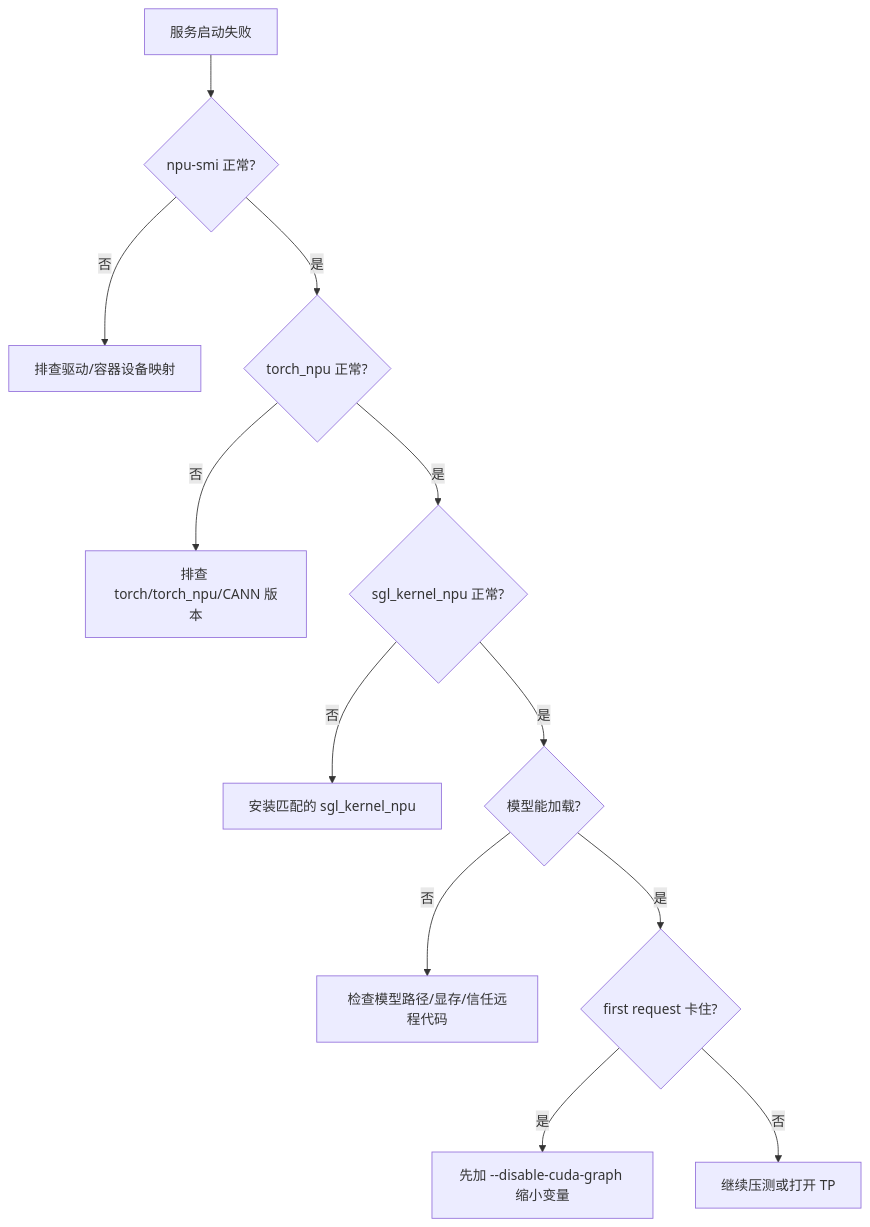
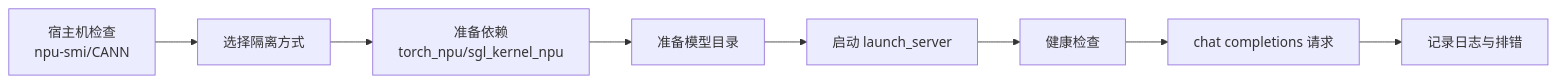
Before and after one commit to cl-vv-h/SGLang_Tutor: the second of 2 diagrams in learning/sglang-ascend-npu/03-launch-and-minimal-serving.md, drawn with Mermaid. The commit also changed other lines of this file, not shown here.

Commit message:
docs: expand Ascend NPU launch environment guide

````diff
--- a/learning/sglang-ascend-npu/03-launch-and-minimal-serving.md
+++ b/learning/sglang-ascend-npu/03-launch-and-minimal-serving.md
@@ -136,14 +38,10 @@
 ```mermaid
-flowchart TD
-  A["服务启动失败"] --> B{"npu-smi 正常?"}
-  B -->|"否"| C["排查驱动/容器设备映射"]
-  B -->|"是"| D{"torch_npu 正常?"}
-  D -->|"否"| E["排查 torch/torch_npu/CANN 版本"]
-  D -->|"是"| F{"sgl_kernel_npu 正常?"}
-  F -->|"否"| G["安装匹配的 sgl_kernel_npu"]
-  F -->|"是"| H{"模型能加载?"}
-  H -->|"否"| I["检查模型路径/显存/信任远程代码"]
-  H -->|"是"| J{"first request 卡住?"}
-  J -->|"是"| K["先加 --disable-cuda-graph 缩小变量"]
-  J -->|"否"| L["继续压测或打开 TP"]
+flowchart LR
+  A["宿主机检查<br/>npu-smi/CANN"] --> B["选择隔离方式"]
+  B --> C["准备依赖<br/>torch_npu/sgl_kernel_npu"]
+  C --> D["准备模型目录"]
+  D --> E["启动 launch_server"]
+  E --> F["健康检查"]
+  F --> G["chat completions 请求"]
+  G --> H["记录日志与排错"]
 ```
````
